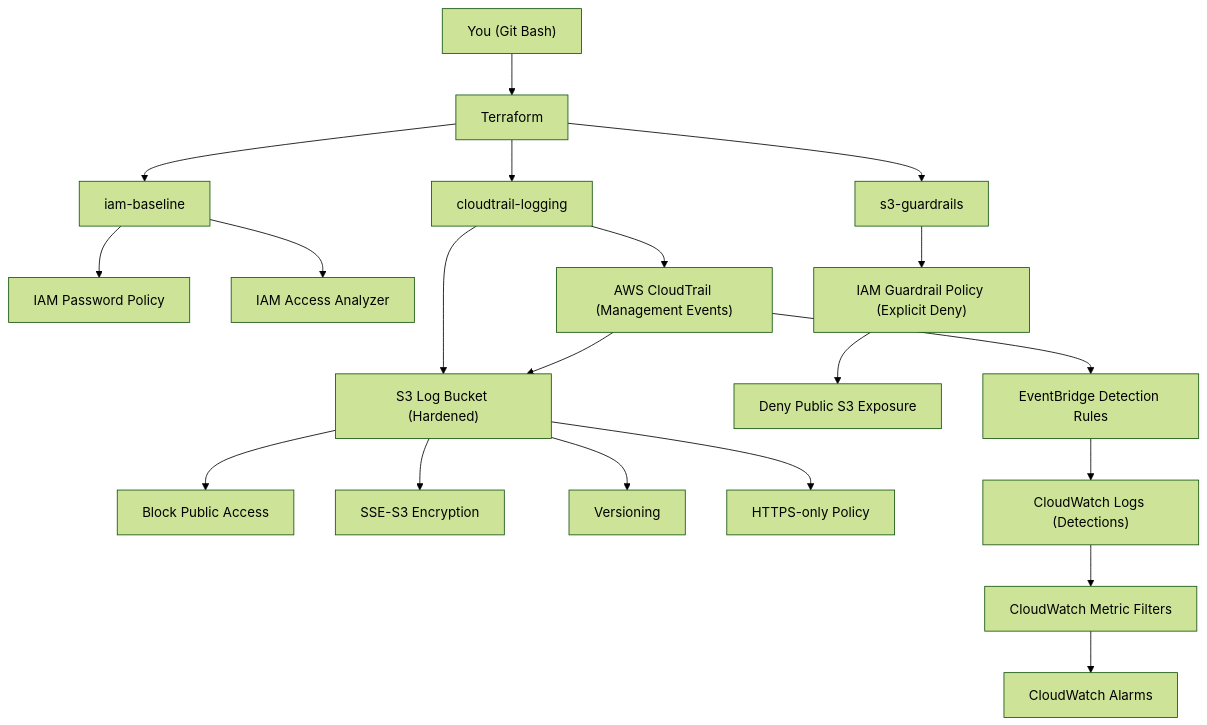
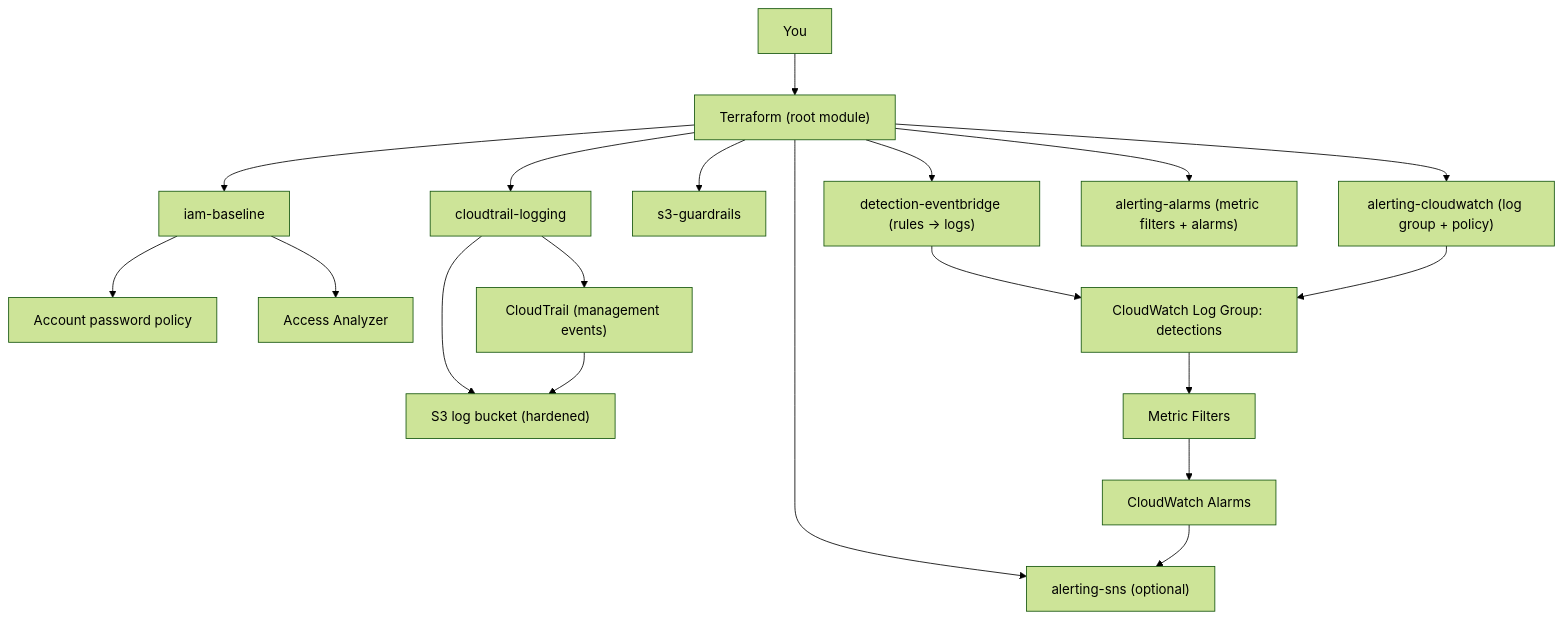
The diagram in README.md (Hydrojak/aws-cloud-hardening-baseline), drawn with Mermaid (forest theme) before and after one commit. The commit also changed other lines of this file and 8 other files, not shown here.

Commit message:
Feature : SNS alerting

````diff
--- a/README.md
+++ b/README.md
@@ -52,32 +69,27 @@
 ```mermaid
 flowchart TB
-  Dev["You (Git Bash)"] --> TF["Terraform"]
+  Dev["You"] --> TF["Terraform (root module)"]
 
-  %% V1 - Hardening
-  TF --> M1["iam-baseline"]
-  TF --> M2["cloudtrail-logging"]
-  TF --> M3["s3-guardrails"]
+  TF --> IAM["iam-baseline"]
+  TF --> CTL["cloudtrail-logging"]
+  TF --> GR["s3-guardrails"]
 
-  M1 --> PP["IAM Password Policy"]
-  M1 --> AA["IAM Access Analyzer"]
+  TF --> CW["alerting-cloudwatch (log group + policy)"]
+  TF --> EB["detection-eventbridge (rules -> logs)"]
+  TF --> AL["alerting-alarms (metric filters + alarms)"]
+  TF --> SNS["alerting-sns (optional)"]
 
-  M2 --> CT["AWS CloudTrail (Management Events)"]
-  M2 --> S3["S3 Log Bucket (Hardened)"]
+  IAM --> PP["Account password policy"]
+  IAM --> AA["Access Analyzer"]
+
+  CTL --> CT["CloudTrail (management events)"]
+  CTL --> S3["S3 log bucket (hardened)"]
   CT --> S3
 
-  S3 --> PAB["Block Public Access"]
-  S3 --> ENC["SSE-S3 Encryption"]
-  S3 --> VER["Versioning"]
-  S3 --> TLS["HTTPS-only Policy"]
+  EB --> CWL["CloudWatch Log Group: detections"]
+  CW --> CWL
 
-  M3 --> GP["IAM Guardrail Policy (Explicit Deny)"]
-  GP --> DENY["Deny Public S3 Exposure"]
-
-  %% V2 - Detection
-  CT --> EB["EventBridge Detection Rules"]
-  EB --> CWL["CloudWatch Logs (Detections)"]
-  %% V2.2 - Alerting
-  CWL --> MF["CloudWatch Metric Filters"]
-  MF --> AL["CloudWatch Alarms"]
-
+  CWL --> MF["Metric Filters"]
+  MF --> A["CloudWatch Alarms"]
+  A --> SNS
 ```
````
